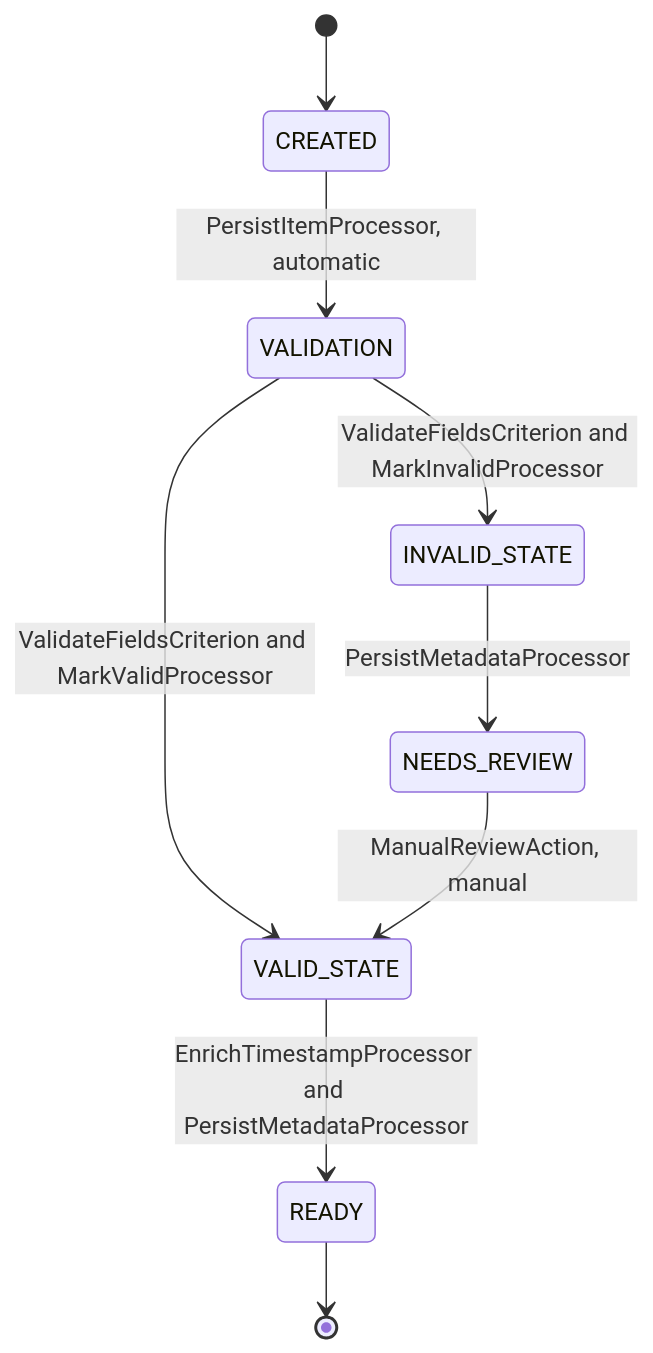
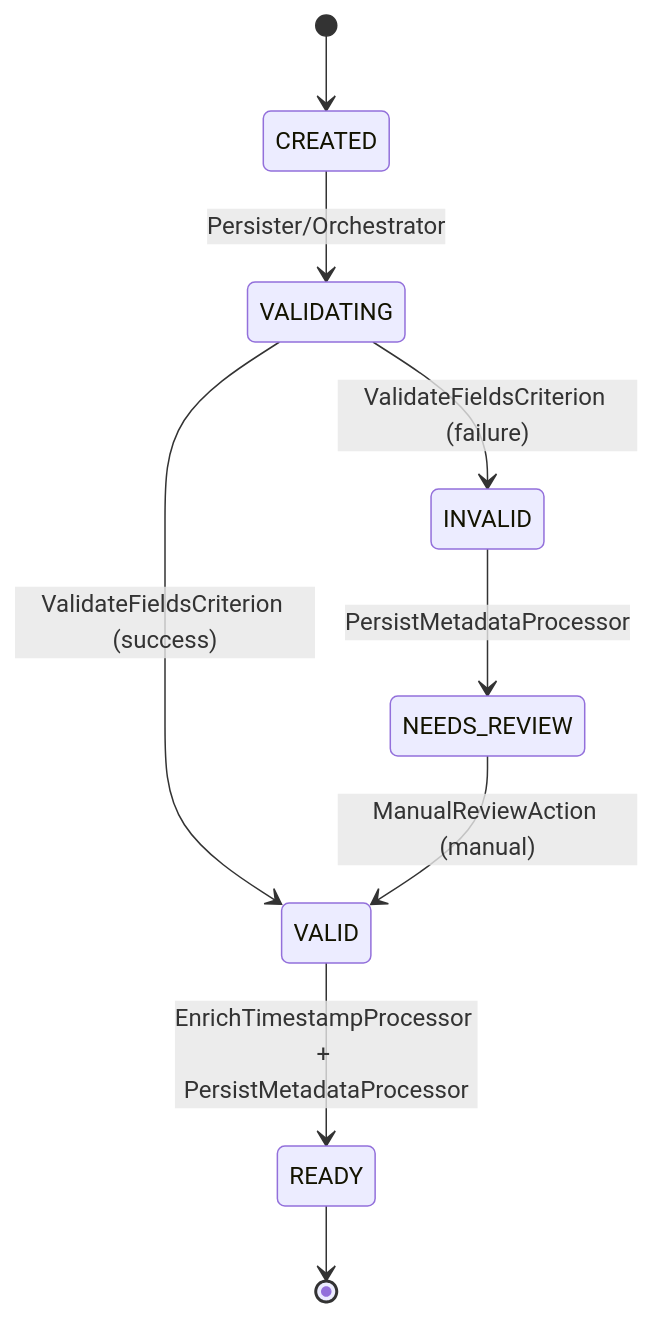
The first of 3 diagrams in src/main/java/com/java_template/prototype/functional_requirement.md (Cyoda-platform/java-client-template), drawn with Mermaid before and after one commit. The commit also changed other lines of this file, not shown here.

````diff
--- a/src/main/java/com/java_template/prototype/functional_requirement.md
+++ b/src/main/java/com/java_template/prototype/functional_requirement.md
@@ -47,11 +79,11 @@
 ```mermaid
 stateDiagram-v2
     [*] --> CREATED
-    CREATED --> VALIDATION : PersistItemProcessor, automatic
-    VALIDATION --> VALID_STATE : ValidateFieldsCriterion and MarkValidProcessor
-    VALIDATION --> INVALID_STATE : ValidateFieldsCriterion and MarkInvalidProcessor
-    VALID_STATE --> READY : EnrichTimestampProcessor and PersistMetadataProcessor
-    INVALID_STATE --> NEEDS_REVIEW : PersistMetadataProcessor
-    NEEDS_REVIEW --> VALID_STATE : ManualReviewAction, manual
+    CREATED --> VALIDATING : Persister/Orchestrator
+    VALIDATING --> VALID : ValidateFieldsCriterion (success)
+    VALIDATING --> INVALID : ValidateFieldsCriterion (failure)
+    VALID --> READY : EnrichTimestampProcessor + PersistMetadataProcessor
+    INVALID --> NEEDS_REVIEW : PersistMetadataProcessor
+    NEEDS_REVIEW --> VALID : ManualReviewAction (manual)
     READY --> [*]
 ```
````
